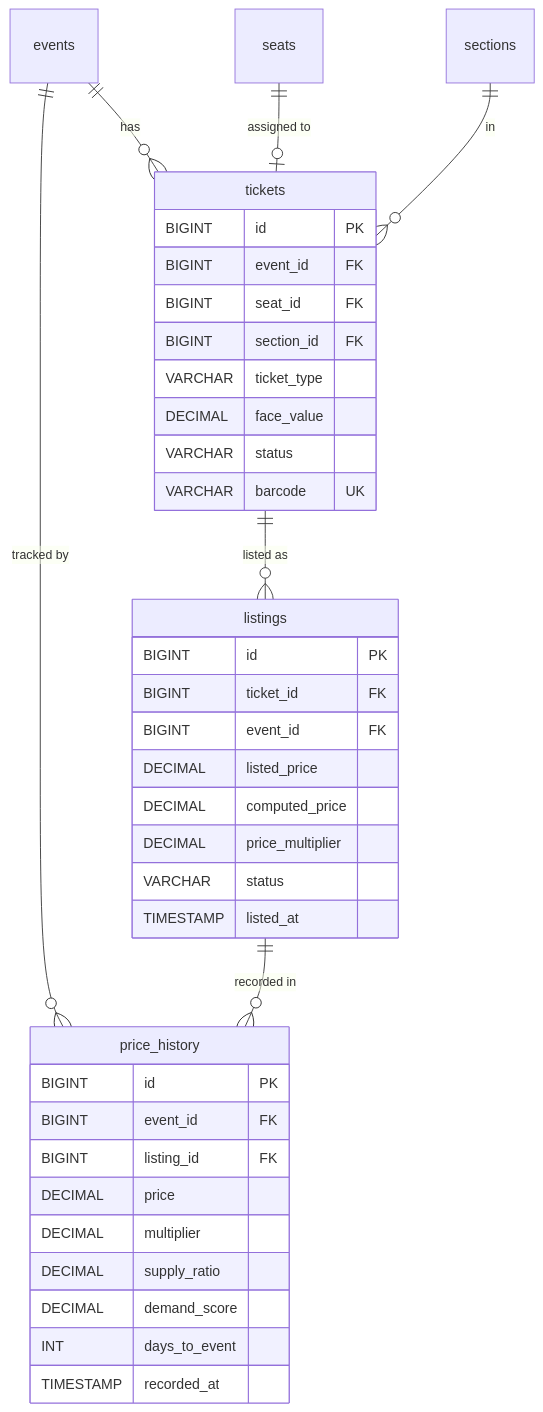
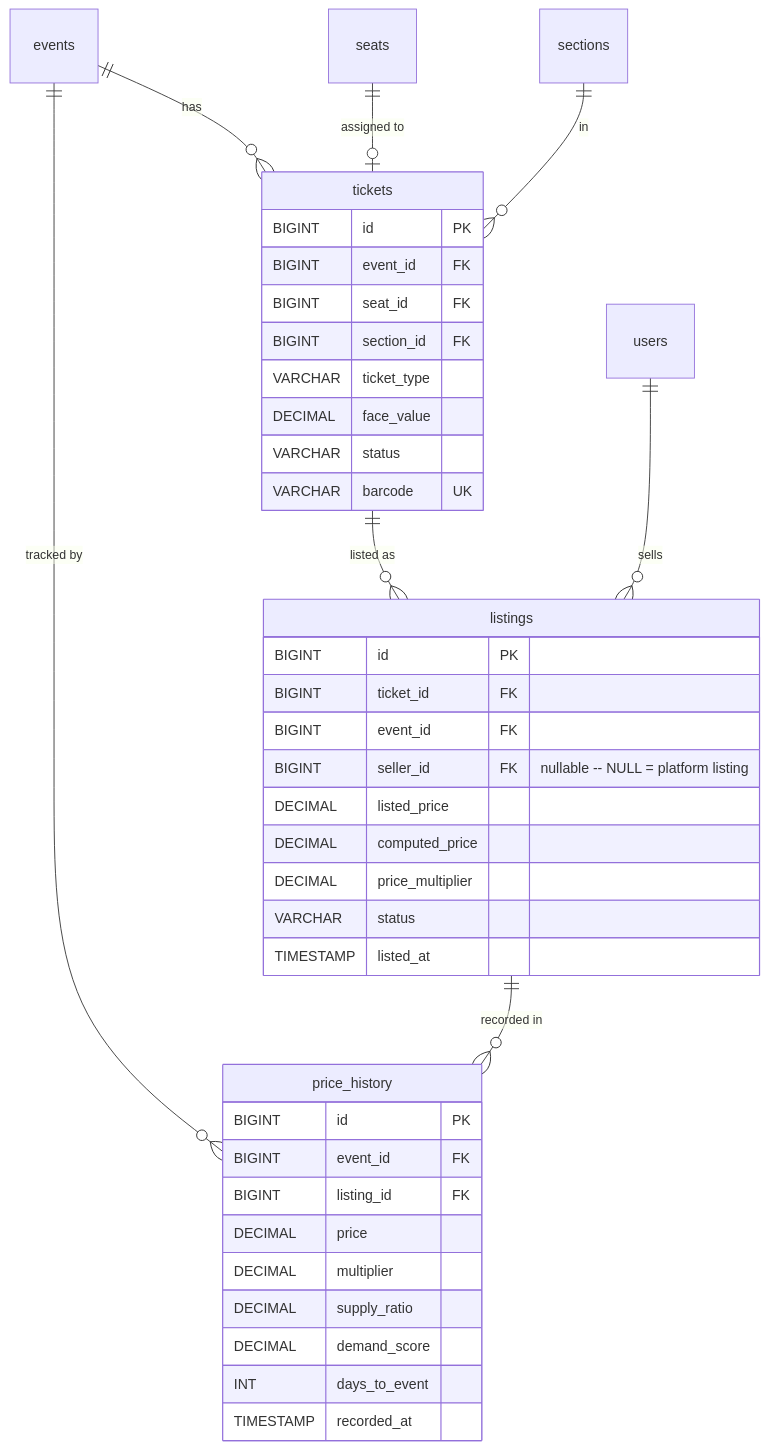
The fourth of 13 diagrams in ARCHITECTURE.md (kousen/mockhub), drawn with Mermaid before and after one commit. The commit also changed other lines of this file and 8 other files, not shown here.

First line of the commit message:
Update docs for seller flow and fix Prettier formatting

````diff
--- a/ARCHITECTURE.md
+++ b/ARCHITECTURE.md
@@ -519,41 +526,43 @@
 ```mermaid
 erDiagram
     tickets {
         BIGINT id PK
         BIGINT event_id FK
         BIGINT seat_id FK
         BIGINT section_id FK
         VARCHAR ticket_type
         DECIMAL face_value
         VARCHAR status
         VARCHAR barcode UK
     }
     listings {
         BIGINT id PK
         BIGINT ticket_id FK
         BIGINT event_id FK
+        BIGINT seller_id FK "nullable -- NULL = platform listing"
         DECIMAL listed_price
         DECIMAL computed_price
         DECIMAL price_multiplier
         VARCHAR status
         TIMESTAMP listed_at
     }
     price_history {
         BIGINT id PK
         BIGINT event_id FK
         BIGINT listing_id FK
         DECIMAL price
         DECIMAL multiplier
         DECIMAL supply_ratio
         DECIMAL demand_score
         INT days_to_event
         TIMESTAMP recorded_at
     }
 
     events ||--o{ tickets : "has"
     seats ||--o| tickets : "assigned to"
     sections ||--o{ tickets : "in"
     tickets ||--o{ listings : "listed as"
+    users ||--o{ listings : "sells"
     events ||--o{ price_history : "tracked by"
     listings ||--o{ price_history : "recorded in"
 ```
````
